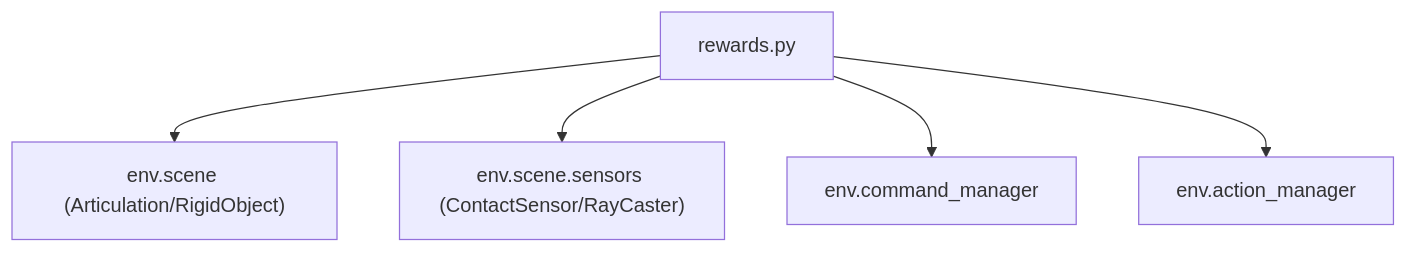
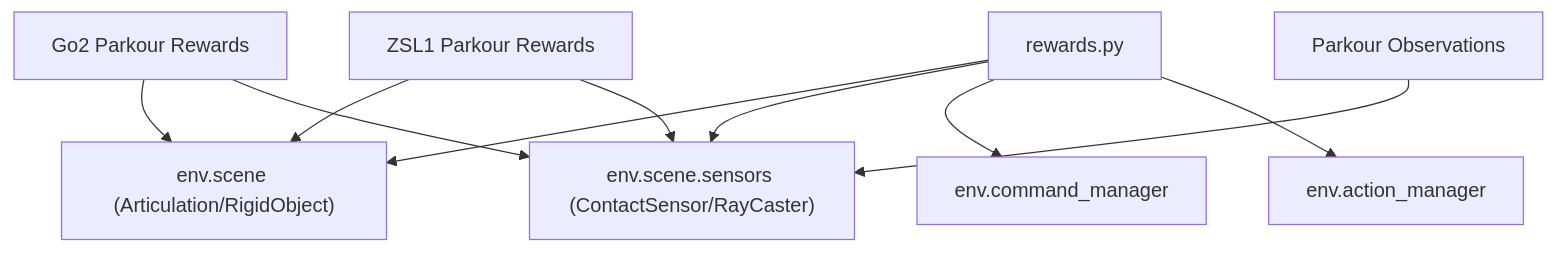
Before and after one commit to jayjayhust/robot_lab: diagram 12 of 12 in .qoder/repowiki/en/content/Task Configuration Framework/Velocity-Based Locomotion Tasks/Reward Functions and Shaping.md, drawn with Mermaid. The commit also changed other lines of this file and 17 other files, not shown here.

Commit message:
add zsl1 parkour training

````diff
--- a/.qoder/repowiki/en/content/Task Configuration Framework/Velocity-Based Locomotion Tasks/Reward Functions and Shaping.md
+++ b/.qoder/repowiki/en/content/Task Configuration Framework/Velocity-Based Locomotion Tasks/Reward Functions and Shaping.md
@@ -650,12 +850,20 @@
 ```mermaid
 graph TB
 RImpl["rewards.py"]
 Scene["env.scene (Articulation/RigidObject)"]
 Sensors["env.scene.sensors (ContactSensor/RayCaster)"]
 CmdMgr["env.command_manager"]
 ActMgr["env.action_manager"]
+G2Rew["Go2 Parkour Rewards"]
+ZSL1Rew["ZSL1 Parkour Rewards"]
+Obs["Parkour Observations"]
 RImpl --> Scene
 RImpl --> Sensors
 RImpl --> CmdMgr
 RImpl --> ActMgr
+G2Rew --> Scene
+G2Rew --> Sensors
+ZSL1Rew --> Scene
+ZSL1Rew --> Sensors
+Obs --> Sensors
 ```
````
